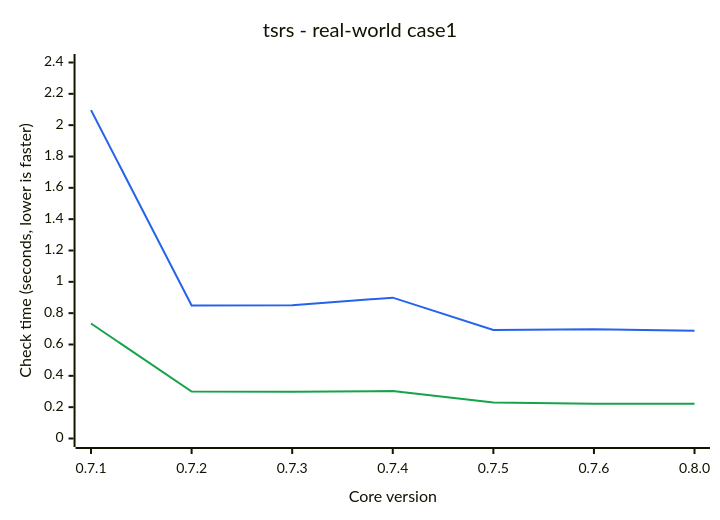
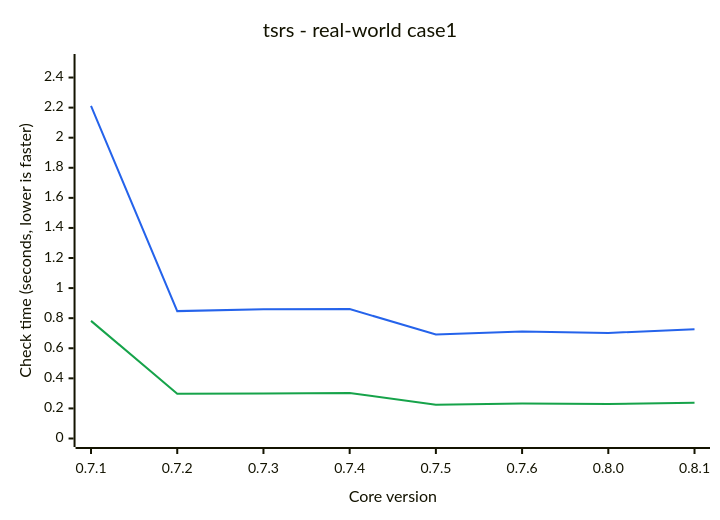
Before and after one commit to ismailkarsli/TypeSQL: the diagram in README.md, drawn with Mermaid. The commit also changed other lines of this file and 32 other files, not shown here.

````diff
--- a/README.md
+++ b/README.md
@@ -151,14 +151,14 @@
 ```mermaid
 ---
 config:
   themeVariables:
     xyChart:
       plotColorPalette: "#2563eb,#16a34a"
 ---
 xychart-beta
     title "tsrs - real-world case1"
-    x-axis "Core version" ["0.7.1", "0.7.2", "0.7.3", "0.7.4", "0.7.5", "0.7.6", "0.8.0"]
-    y-axis "Check time (seconds, lower is faster)" 0 --> 2.4
-    line [2.096, 0.849, 0.851, 0.899, 0.693, 0.698, 0.687]
-    line [0.734, 0.3, 0.299, 0.303, 0.23, 0.222, 0.222]
+    x-axis "Core version" ["0.7.1", "0.7.2", "0.7.3", "0.7.4", "0.7.5", "0.7.6", "0.8.0", "0.8.1"]
+    y-axis "Check time (seconds, lower is faster)" 0 --> 2.5
+    line [2.211, 0.847, 0.86, 0.861, 0.692, 0.711, 0.702, 0.727]
+    line [0.782, 0.298, 0.3, 0.303, 0.225, 0.233, 0.229, 0.238]
 ```
````
